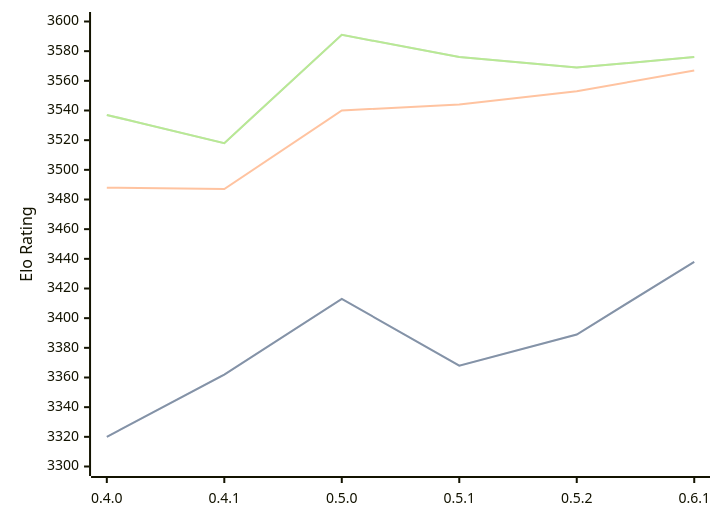
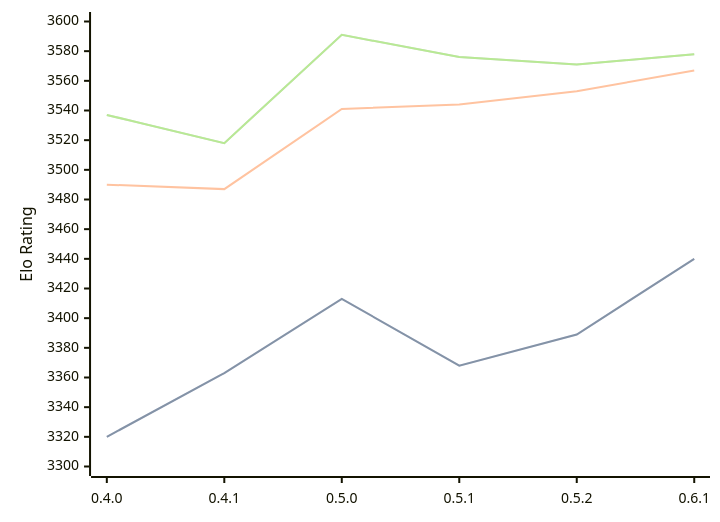
One commit to computer-chess-index/cci changed the diagram in engines/Cinder.md. Above: the diagram before and after it, drawn with Mermaid. The commit also changed other lines of this file, not shown here.

Commit message:
Update CCI Ratings (ELO VLTC) - 2026-10-08

````diff
--- a/engines/Cinder.md
+++ b/engines/Cinder.md
@@ -37,11 +37,11 @@
 ```mermaid
 %%{init: {"theme":"base","themeVariables":{"seriesColors:['#a3a3a3','#222221','#faa371']}}}%%
 xychart-beta
   x-axis ["0.4.0", "0.4.1", "0.5.0", "0.5.1", "0.5.2", "0.6.1"]
   y-axis "Elo Rating" 3300 --> 3600
-  line "" [3320, 3362, 3413, 3368, 3389, 3438]
-  line "STC (8.0+0.08s)" [3320, 3362, 3413, 3368, 3389, 3438]
-  line "LTC (60.0+0.60s)" [3488, 3487, 3540, 3544, 3553, 3567]
-  line "" [3537, 3518, 3591, 3576, 3569, 3576]
-  line "VLTC (2m24s+1.12s)" [3537, 3518, 3591, 3576, 3569, 3576]
+  line "" [3320, 3363, 3413, 3368, 3389, 3440]
+  line "STC (8.0+0.08s)" [3320, 3363, 3413, 3368, 3389, 3440]
+  line "LTC (60.0+0.60s)" [3490, 3487, 3541, 3544, 3553, 3567]
+  line "" [3537, 3518, 3591, 3576, 3571, 3578]
+  line "VLTC (2m24s+1.12s)" [3537, 3518, 3591, 3576, 3571, 3578]
 ```
````
